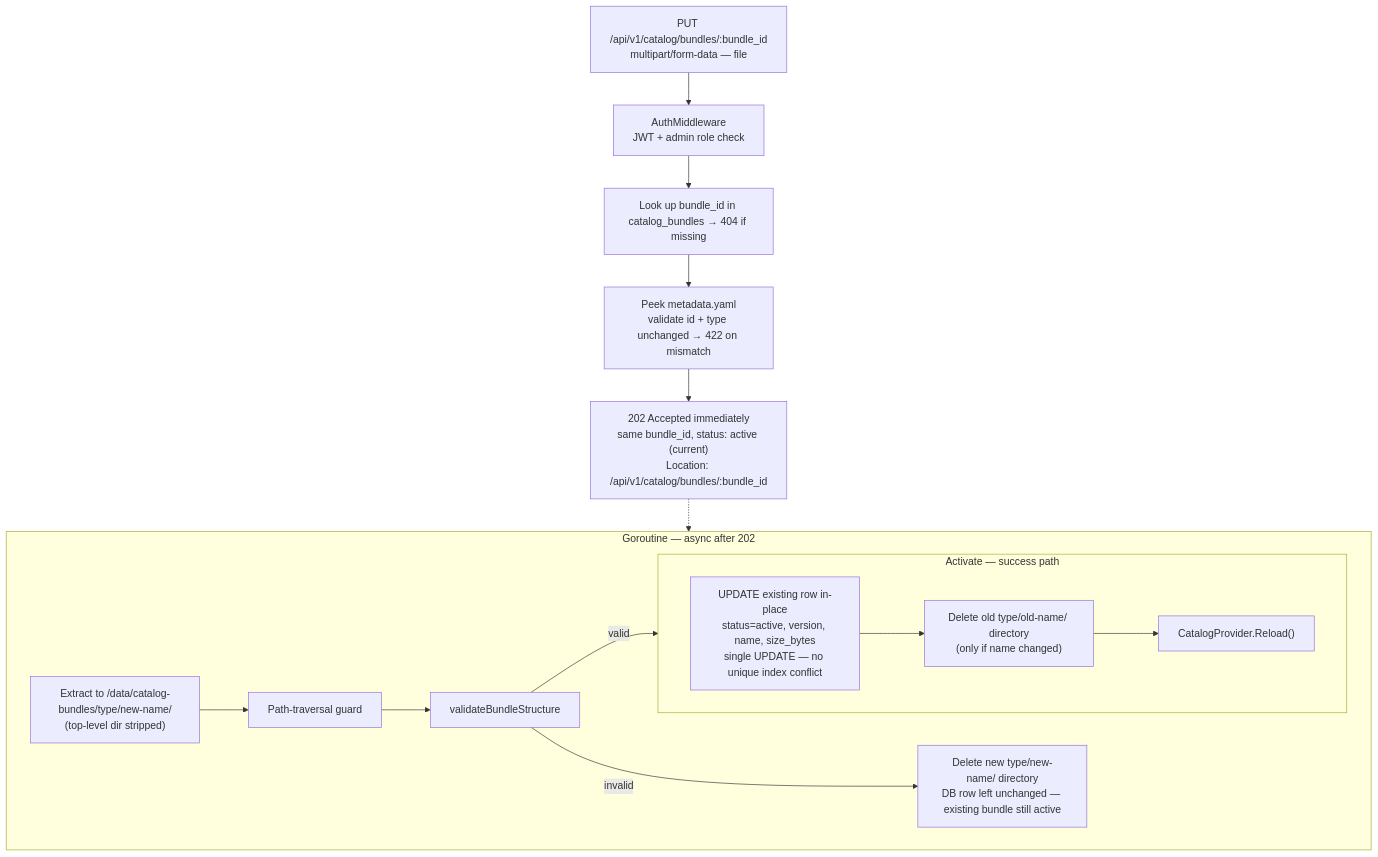
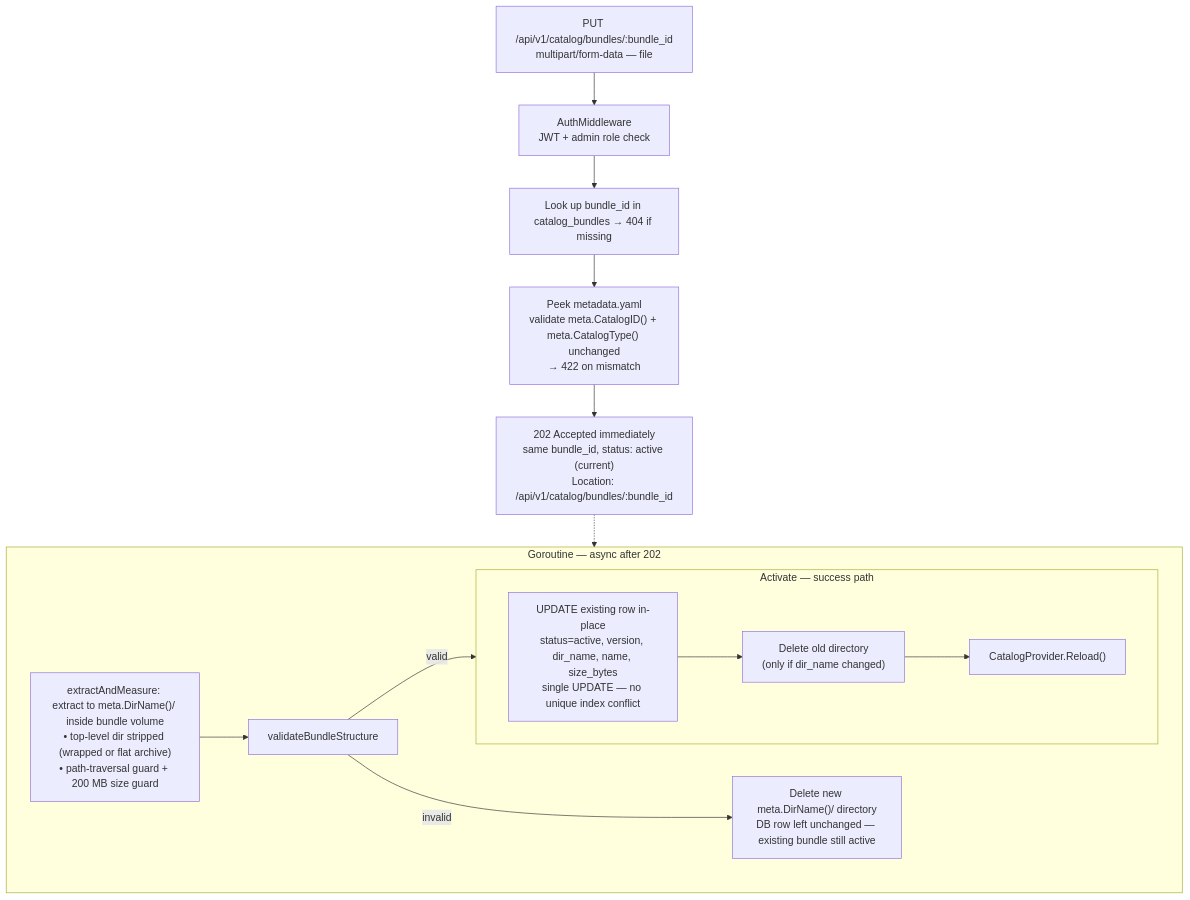
Before and after one commit to IBM/project-ai-services: the third of 5 diagrams in docs/proposals/catalog/custom-service-templates-proposal.md, drawn with Mermaid. The commit also changed other lines of this file, not shown here.

````diff
--- a/docs/proposals/catalog/custom-service-templates-proposal.md
+++ b/docs/proposals/catalog/custom-service-templates-proposal.md
@@ -558,31 +667,30 @@
 ```mermaid
 flowchart TD
     REQ["PUT /api/v1/catalog/bundles/:bundle_id<br/>multipart/form-data — file"]
     AUTH["AuthMiddleware<br/>JWT + admin role check"]
     LOOKUP["Look up bundle_id in catalog_bundles → 404 if missing"]
-    PEEK["Peek metadata.yaml<br/>validate id + type unchanged → 422 on mismatch"]
+    PEEK["Peek metadata.yaml<br/>validate meta.CatalogID() + meta.CatalogType() unchanged<br/>→ 422 on mismatch"]
     RESP["202 Accepted immediately<br/>same bundle_id, status: active (current)<br/>Location: /api/v1/catalog/bundles/:bundle_id"]
 
     subgraph ASYNC["Goroutine — async after 202"]
-        EXTRACT["Extract to /data/catalog-bundles/type/new-name/<br/>(top-level dir stripped)"]
-        PATHGUARD["Path-traversal guard"]
+        EXTRACT["extractAndMeasure: extract to meta.DirName()/ inside bundle volume<br/>• top-level dir stripped (wrapped or flat archive)<br/>• path-traversal guard + 200 MB size guard"]
         VALIDATE["validateBundleStructure"]
 
         subgraph ACTIVATE["Activate — success path"]
             direction LR
-            DBUPDATE["UPDATE existing row in-place<br/>status=active, version, name, size_bytes<br/>single UPDATE — no unique index conflict"]
-            RMOLDDIR["Delete old type/old-name/ directory<br/>(only if name changed)"]
+            DBUPDATE["UPDATE existing row in-place<br/>status=active, version, dir_name, name, size_bytes<br/>single UPDATE — no unique index conflict"]
+            RMOLDDIR["Delete old directory<br/>(only if dir_name changed)"]
             RELOAD["CatalogProvider.Reload()"]
             DBUPDATE --> RMOLDDIR --> RELOAD
         end
 
-        FAIL["Delete new type/new-name/ directory<br/>DB row left unchanged — existing bundle still active"]
+        FAIL["Delete new meta.DirName()/ directory<br/>DB row left unchanged — existing bundle still active"]
 
-        EXTRACT --> PATHGUARD --> VALIDATE
+        EXTRACT --> VALIDATE
         VALIDATE -->|"valid"| ACTIVATE
         VALIDATE -->|"invalid"| FAIL
     end
 
     REQ --> AUTH --> LOOKUP --> PEEK --> RESP
     RESP -.-> ASYNC
 ```
````
